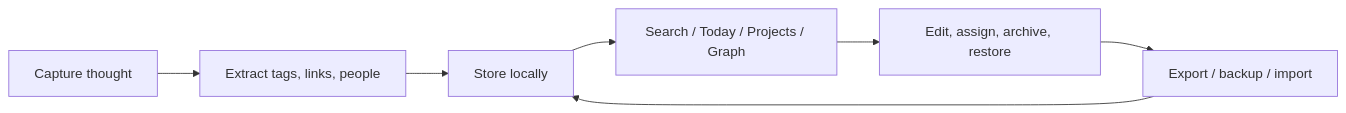
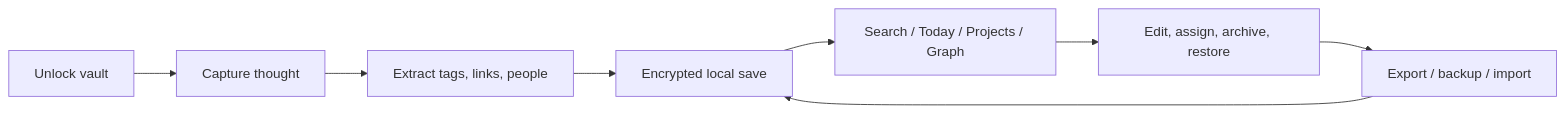
One commit to awakertakeshi0312-jpg/distill changed the first of 2 diagrams in docs/design_blueprint.md. Above: the diagram before and after it, drawn with Mermaid. The commit also changed other lines of this file and 32 other files, not shown here.

Commit message:
Add encrypted local vault persistence

````diff
--- a/docs/design_blueprint.md
+++ b/docs/design_blueprint.md
@@ -93,9 +84,10 @@
 ```mermaid
 flowchart LR
-  A["Capture thought"] --> B["Extract tags, links, people"]
-  B --> C["Store locally"]
-  C --> D["Search / Today / Projects / Graph"]
-  D --> E["Edit, assign, archive, restore"]
-  E --> F["Export / backup / import"]
-  F --> C
+  A["Unlock vault"] --> B["Capture thought"]
+  B --> C["Extract tags, links, people"]
+  C --> D["Encrypted local save"]
+  D --> E["Search / Today / Projects / Graph"]
+  E --> F["Edit, assign, archive, restore"]
+  F --> G["Export / backup / import"]
+  G --> D
 ```
````
